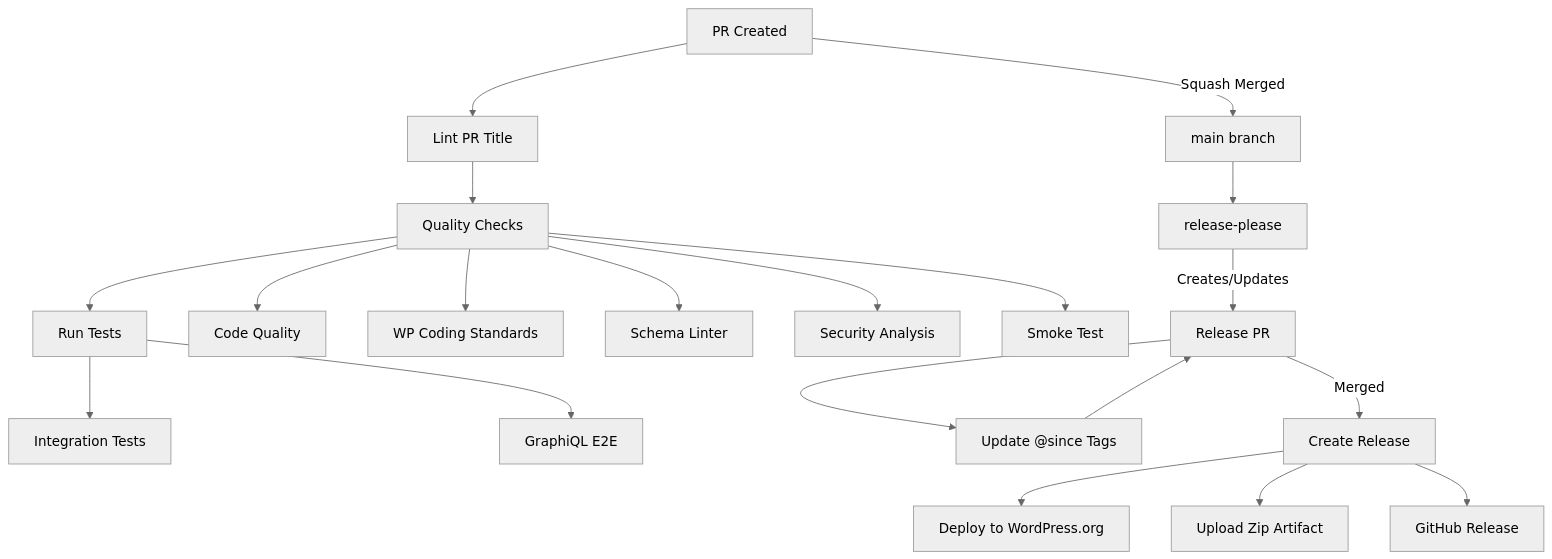
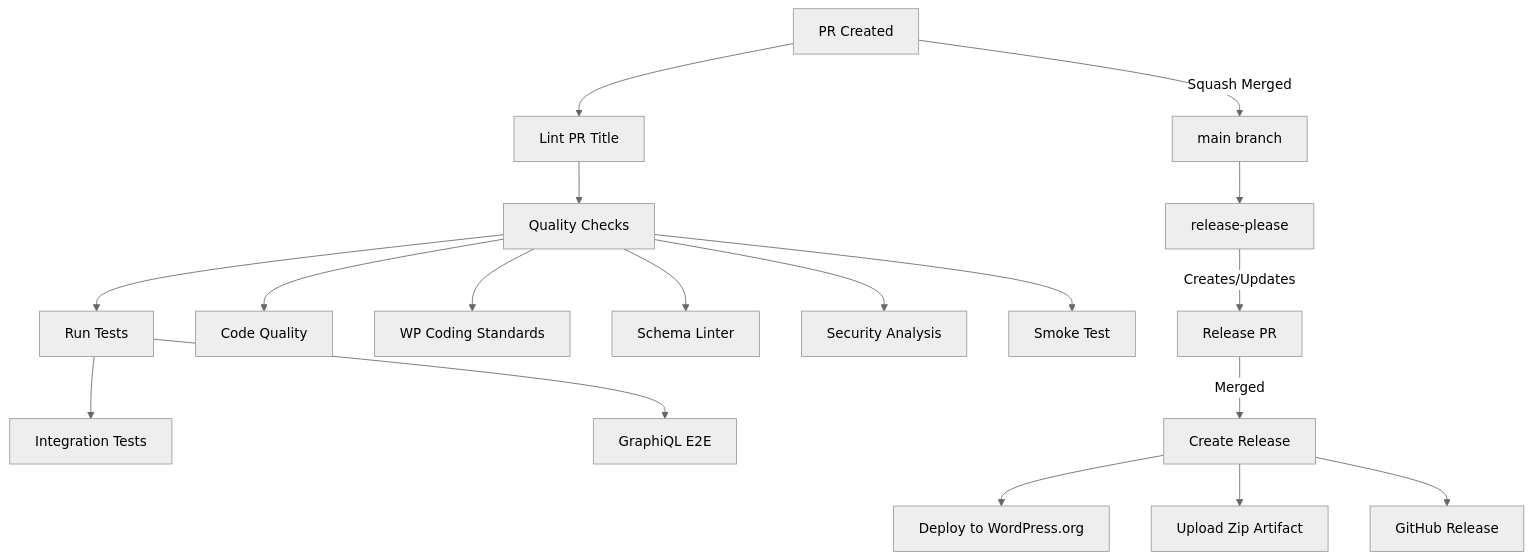
One commit to wp-graphql/wp-graphql changed the diagram in .github/workflows/README.md. Above: the diagram before and after it, drawn with Mermaid (neutral theme). The commit also changed other lines of this file and 8 other files, not shown here.

````diff
--- a/.github/workflows/README.md
+++ b/.github/workflows/README.md
@@ -100,29 +93,27 @@
 ```mermaid
 flowchart TD
     %% PR Process
     PR[PR Created] --> LPR[Lint PR Title]
     LPR --> QA[Quality Checks]
     QA --> Tests[Run Tests]
 
     %% Quality Checks
     QA --> CQ[Code Quality]
     QA --> WCS[WP Coding Standards]
     QA --> SL[Schema Linter]
     QA --> SEC[Security Analysis]
     QA --> SM[Smoke Test]
 
     %% Tests
     Tests --> INT[Integration Tests]
     Tests --> E2E[GraphiQL E2E]
 
     %% Merge and Release
     PR --> |Squash Merged| MAIN[main branch]
     MAIN --> RP[release-please]
     RP --> |Creates/Updates| RPR[Release PR]
-    RPR --> SINCE[Update @since Tags]
-    SINCE --> RPR
     RPR --> |Merged| REL[Create Release]
     REL --> WO[Deploy to WordPress.org]
     REL --> ZIP[Upload Zip Artifact]
     REL --> GH[GitHub Release]
 ```
````
